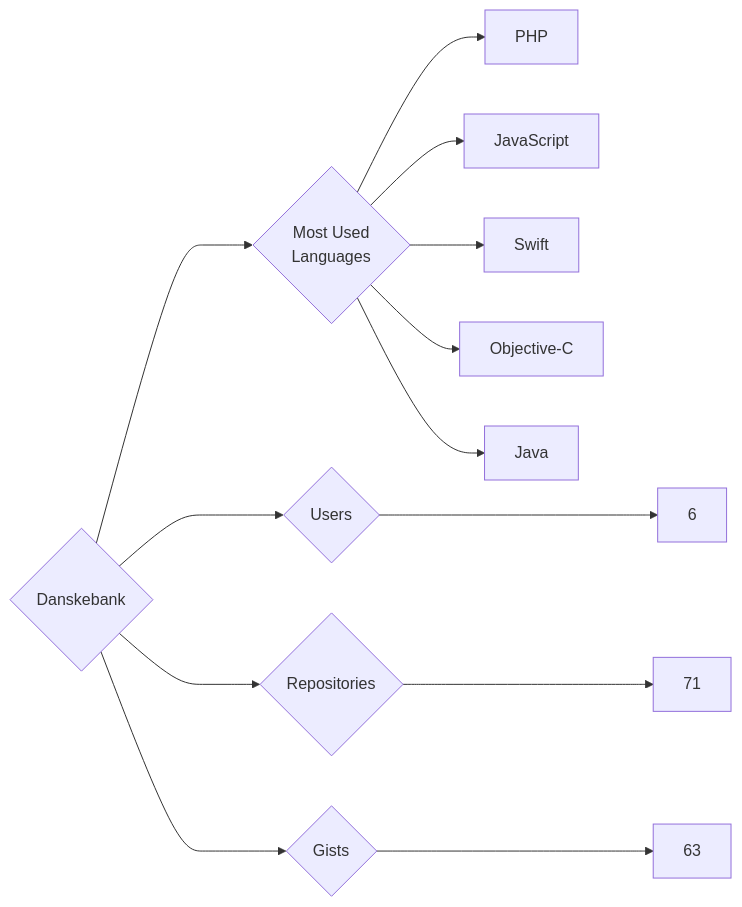
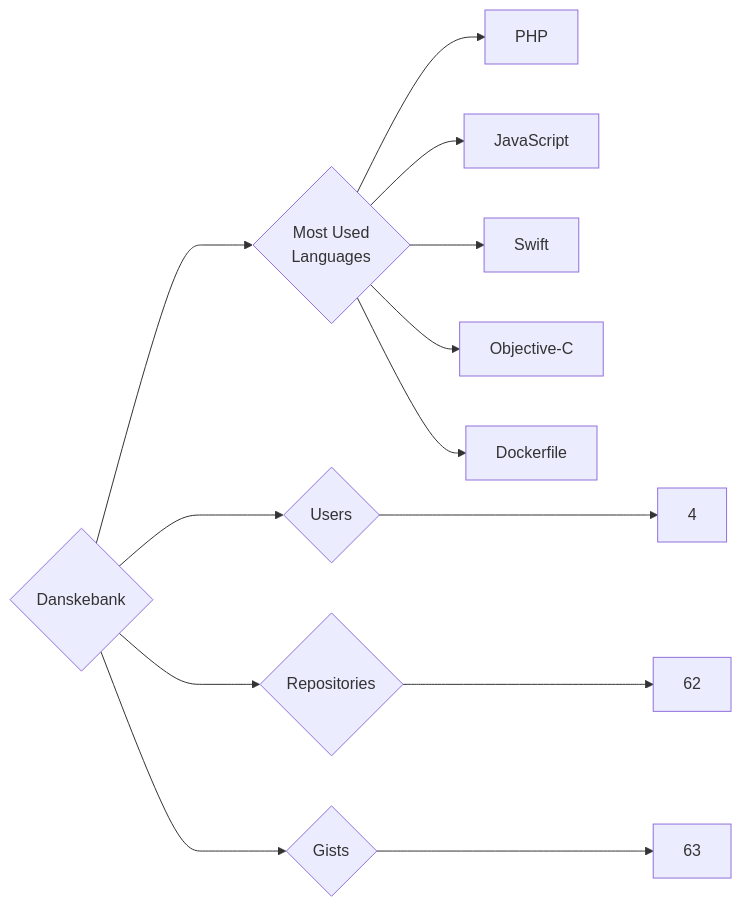
Before and after one commit to trickest/insiders: the diagram in targets/Danskebank/README.md, drawn with Mermaid. The commit also changed 998 other files, not shown here.

````diff
--- a/targets/Danskebank/README.md
+++ b/targets/Danskebank/README.md
@@ -3,13 +3,13 @@
 ```mermaid
 graph LR
 COMPANY_NAME{Danskebank}
-COMPANY_NAME ---> U{Users} ---> UN[6]
-COMPANY_NAME ---> R{Repositories} ---> RN[71]
+COMPANY_NAME ---> U{Users} ---> UN[4]
+COMPANY_NAME ---> R{Repositories} ---> RN[62]
 COMPANY_NAME ---> G{Gists} ---> GN[63]
 COMPANY_NAME ---> ML{Most Used<br>Languages}
 ML --> PHP[PHP]
 ML --> JavaScript[JavaScript]
 ML --> Swift[Swift]
 ML --> Objective-C[Objective-C]
-ML --> Java[Java]
+ML --> Dockerfile[Dockerfile]
 ```
````
